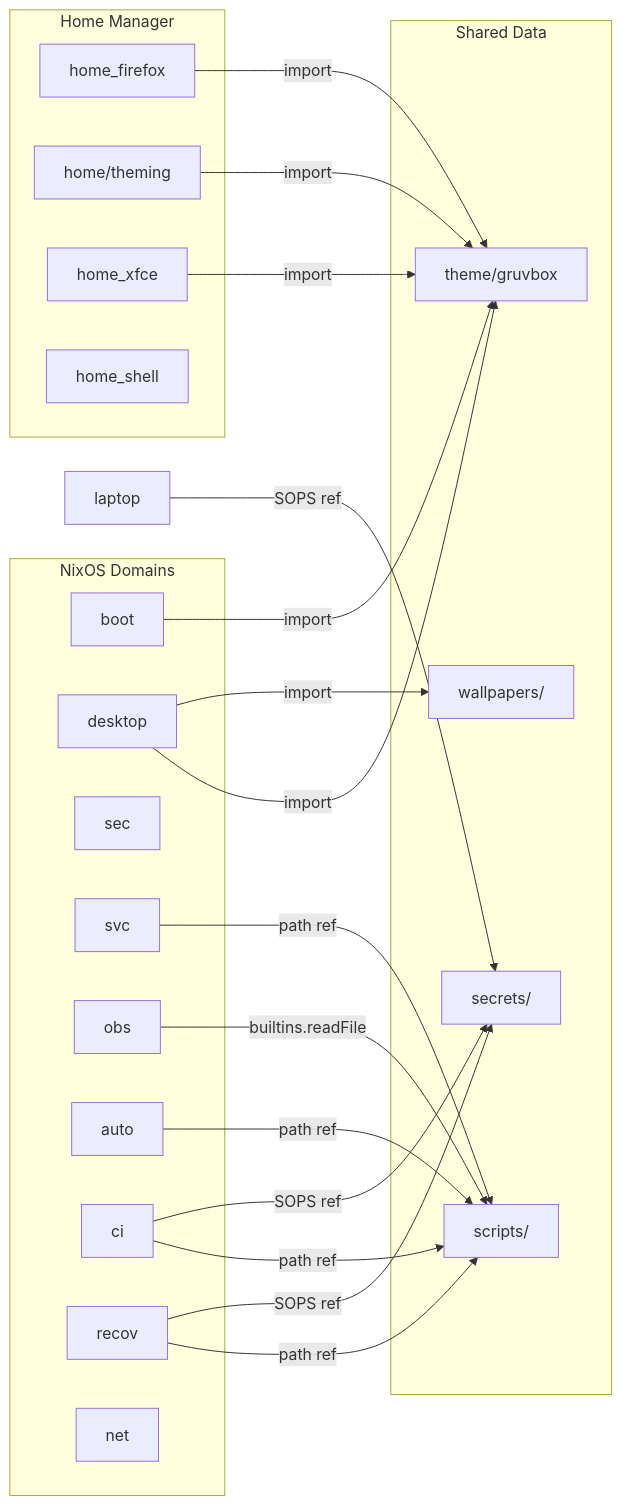
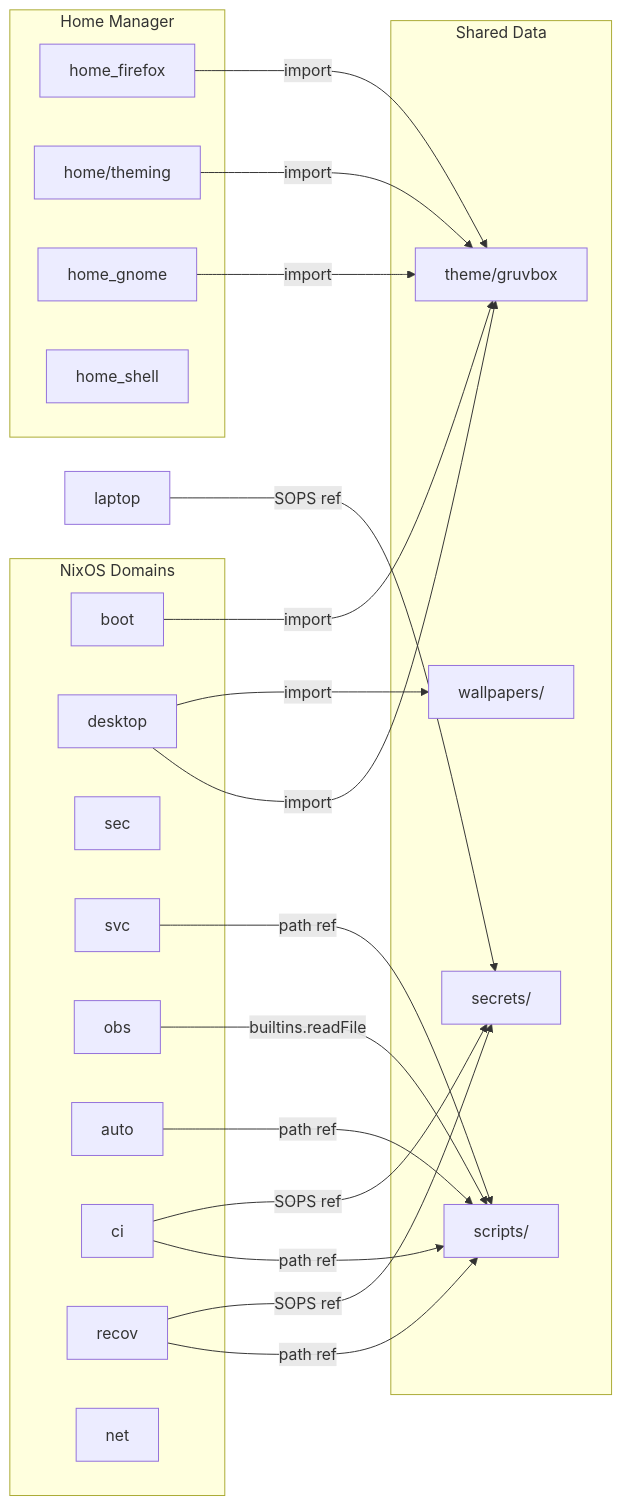
The second of 4 diagrams in ARCHITECTURE_AUDIT.md (itsivali/nixos-infrastructure), drawn with Mermaid before and after one commit. The commit also changed other lines of this file and 43 other files, not shown here.

Commit message:
feat: feat: migrate desktop from XFCE to GNOME

````diff
--- a/ARCHITECTURE_AUDIT.md
+++ b/ARCHITECTURE_AUDIT.md
@@ -142,44 +142,44 @@
 ```mermaid
 graph LR
     subgraph "Shared Data"
         theme["theme/gruvbox"]
         scripts["scripts/"]
         secrets["secrets/"]
         wallpapers["wallpapers/"]
     end
 
     subgraph "NixOS Domains"
         boot
         desktop
         sec
         svc
         obs
         auto
         ci
         recov
         net
     end
 
     subgraph "Home Manager"
         home_firefox
         home_theming["home/theming"]
-        home_xfce
+        home_gnome
         home_shell
     end
 
     boot -->|import| theme
     desktop -->|import| theme
     desktop -->|import| wallpapers
     home_theming -->|import| theme
     home_firefox -->|import| theme
-    home_xfce -->|import| theme
+    home_gnome -->|import| theme
 
     svc -->|path ref| scripts
     auto -->|path ref| scripts
     ci -->|path ref| scripts
     ci -->|SOPS ref| secrets
     recov -->|path ref| scripts
     recov -->|SOPS ref| secrets
     obs -->|builtins.readFile| scripts
     laptop -->|SOPS ref| secrets
 ```
````
